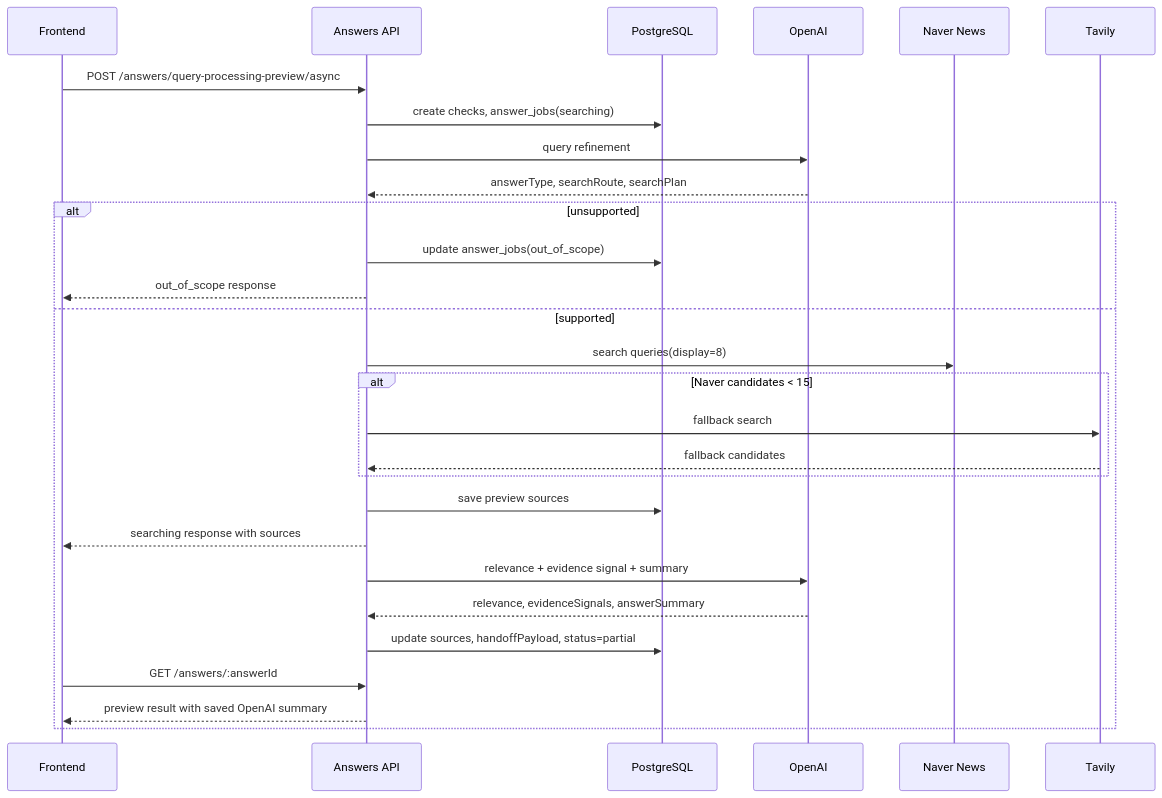
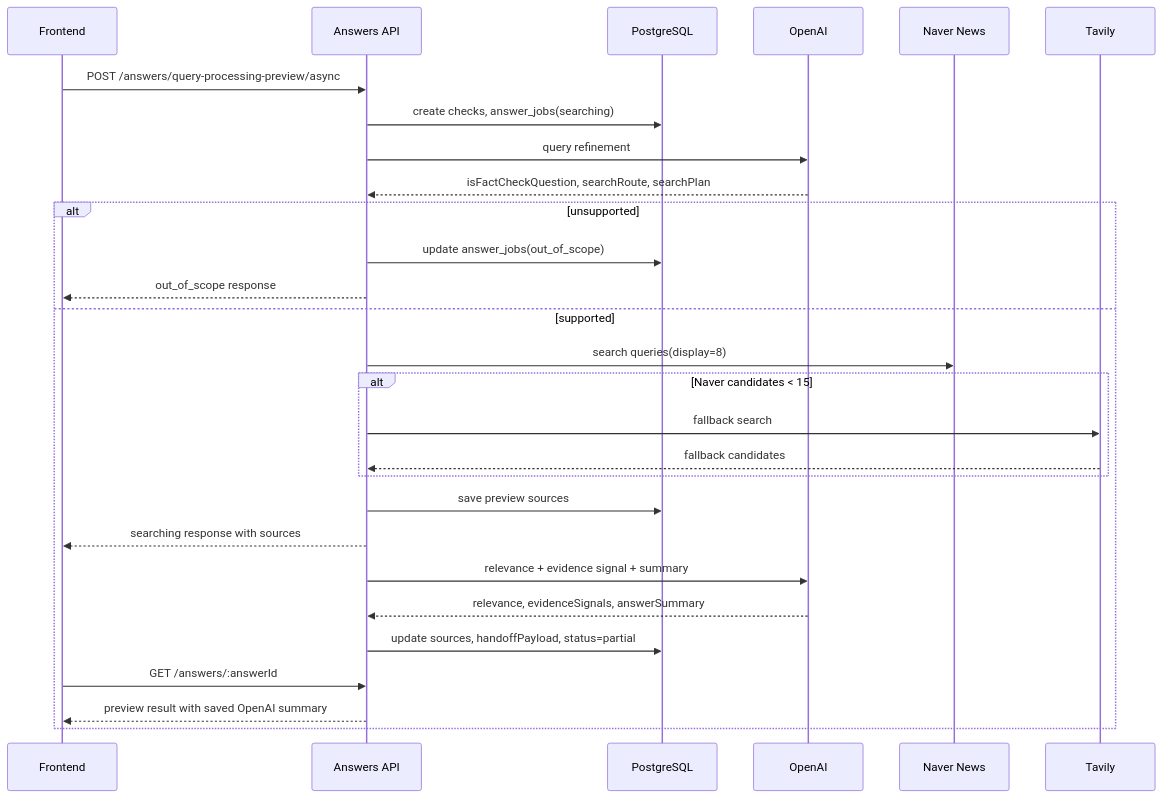
The diagram in docs/answer-query-processing.md (dyjeong576/varo), drawn with Mermaid before and after one commit. The commit also changed other lines of this file and 18 other files, not shown here.

Commit message:
feat: add isFactCheckQuestion flag to query refinement and related components

````diff
--- a/docs/answer-query-processing.md
+++ b/docs/answer-query-processing.md
@@ -118,31 +116,31 @@
 ```mermaid
 sequenceDiagram
   participant FE as Frontend
   participant API as Answers API
   participant DB as PostgreSQL
   participant OAI as OpenAI
   participant Naver as Naver News
   participant Tavily as Tavily
 
   FE->>API: POST /answers/query-processing-preview/async
   API->>DB: create checks, answer_jobs(searching)
   API->>OAI: query refinement
-  OAI-->>API: answerType, searchRoute, searchPlan
+  OAI-->>API: isFactCheckQuestion, searchRoute, searchPlan
   alt unsupported
     API->>DB: update answer_jobs(out_of_scope)
     API-->>FE: out_of_scope response
   else supported
     API->>Naver: search queries(display=8)
     alt Naver candidates < 15
       API->>Tavily: fallback search
       Tavily-->>API: fallback candidates
     end
     API->>DB: save preview sources
     API-->>FE: searching response with sources
     API->>OAI: relevance + evidence signal + summary
     OAI-->>API: relevance, evidenceSignals, answerSummary
     API->>DB: update sources, handoffPayload, status=partial
     FE->>API: GET /answers/:answerId
     API-->>FE: preview result with saved OpenAI summary
   end
 ```
````
